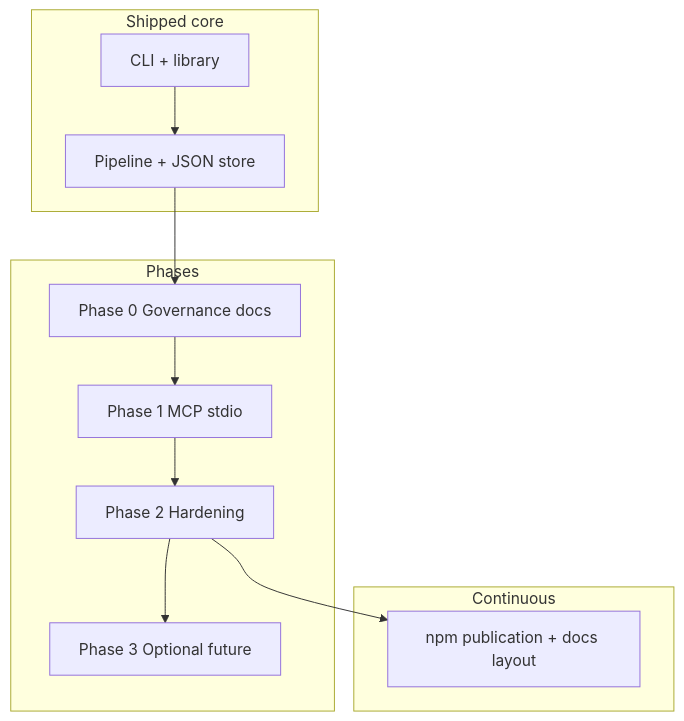
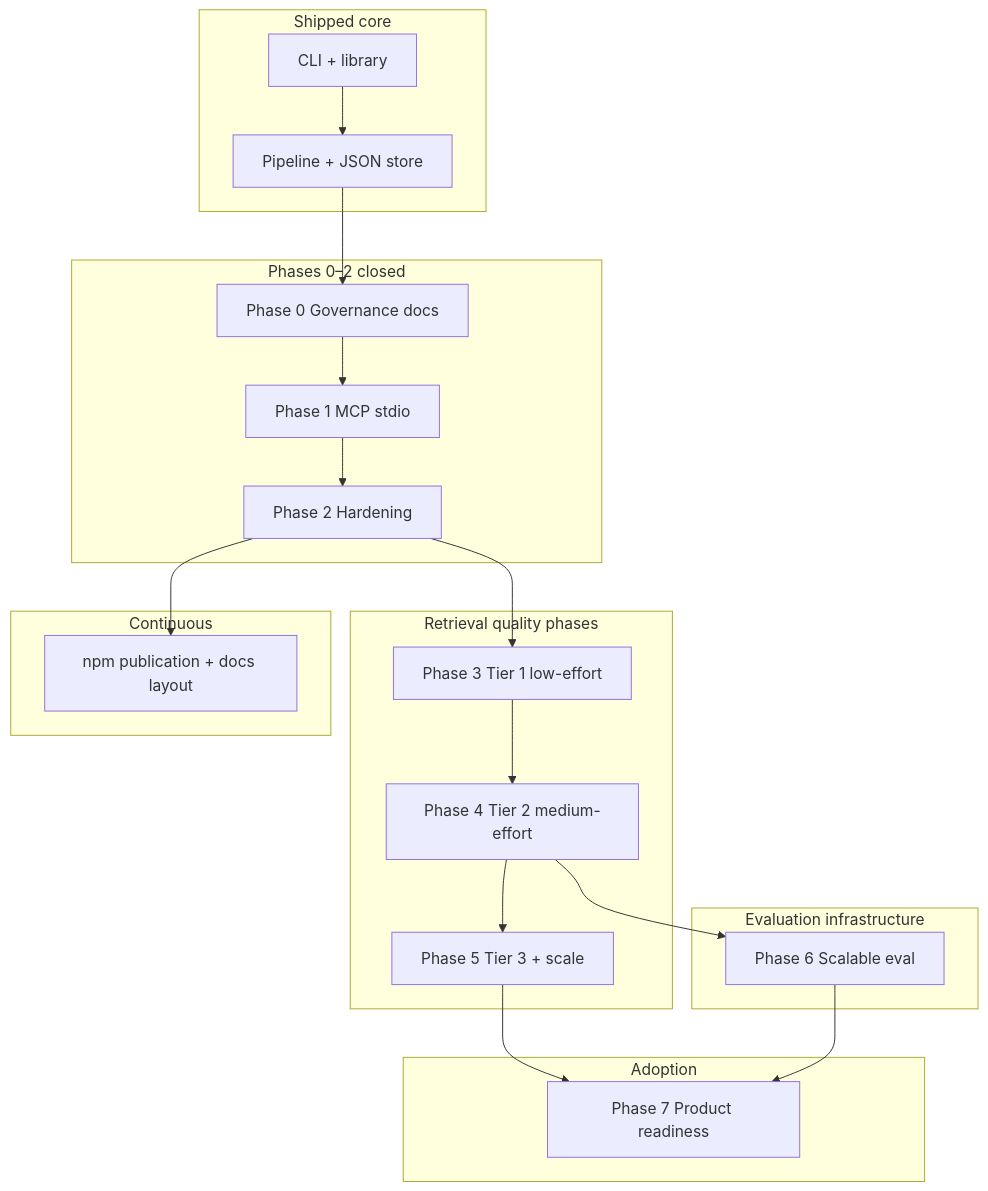
One commit to mayad123/pdfToRagAI changed the first of 2 diagrams in docs/management/roadmap.md. Above: the diagram before and after it, drawn with Mermaid. The commit also changed other lines of this file and 66 other files, not shown here.

First line of the commit message:
feat: Phase 7 portfolio artifacts, CI/publish, stable README mermaid

````diff
--- a/docs/management/roadmap.md
+++ b/docs/management/roadmap.md
@@ -20,22 +11,37 @@
 ```mermaid
 flowchart TB
   subgraph core [Shipped core]
     P[Pipeline + JSON store]
     C[CLI + library]
   end
-  subgraph phases [Phases]
+  subgraph closed [Phases 0–2 closed]
     P0[Phase 0 Governance docs]
     P1[Phase 1 MCP stdio]
     P2[Phase 2 Hardening]
-    P3[Phase 3 Optional future]
+  end
+  subgraph quality [Retrieval quality phases]
+    P3[Phase 3 Tier 1 low-effort]
+    P4[Phase 4 Tier 2 medium-effort]
+    P5[Phase 5 Tier 3 + scale]
+  end
+  subgraph eval [Evaluation infrastructure]
+    P6[Phase 6 Scalable eval]
+  end
+  subgraph adopt [Adoption]
+    P7[Phase 7 Product readiness]
   end
   subgraph ongoing [Continuous]
     NPM[npm publication + docs layout]
   end
   C --> P
   P --> P0
   P0 --> P1
   P1 --> P2
   P2 --> P3
+  P3 --> P4
+  P4 --> P5
+  P4 --> P6
+  P5 --> P7
+  P6 --> P7
   P2 --> NPM
 ```
````
